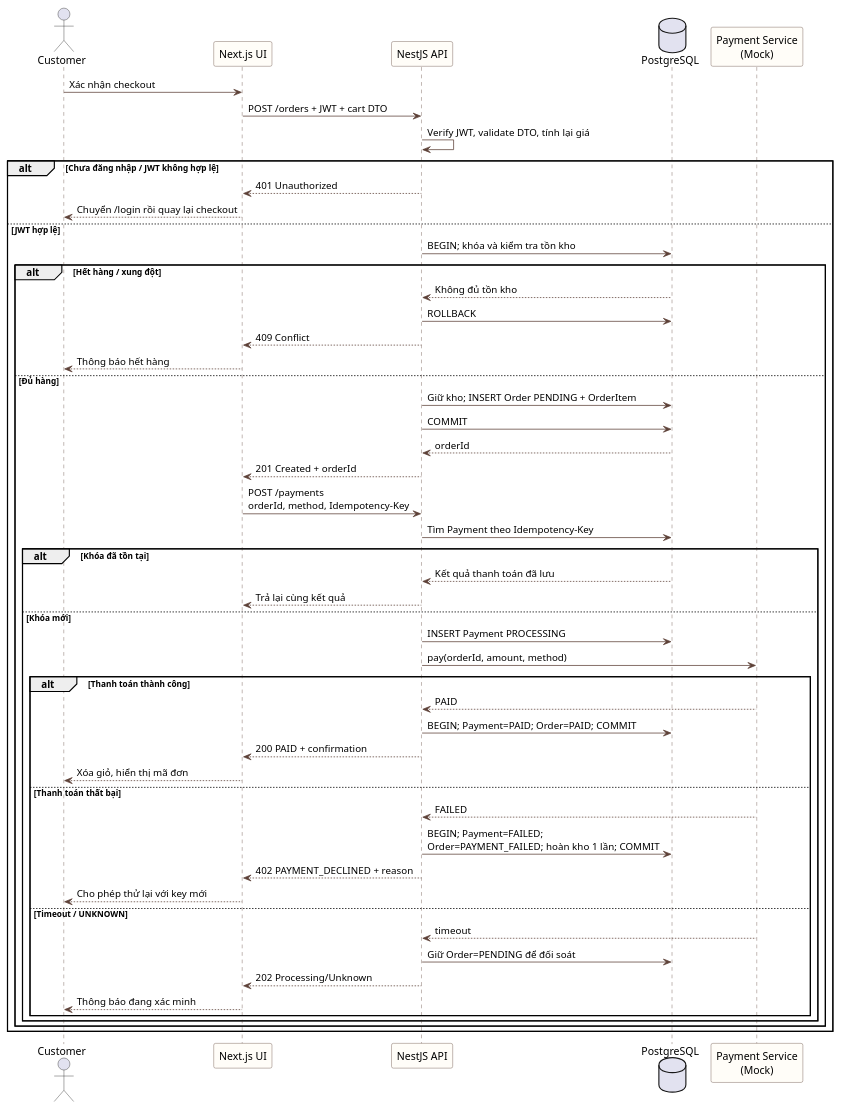
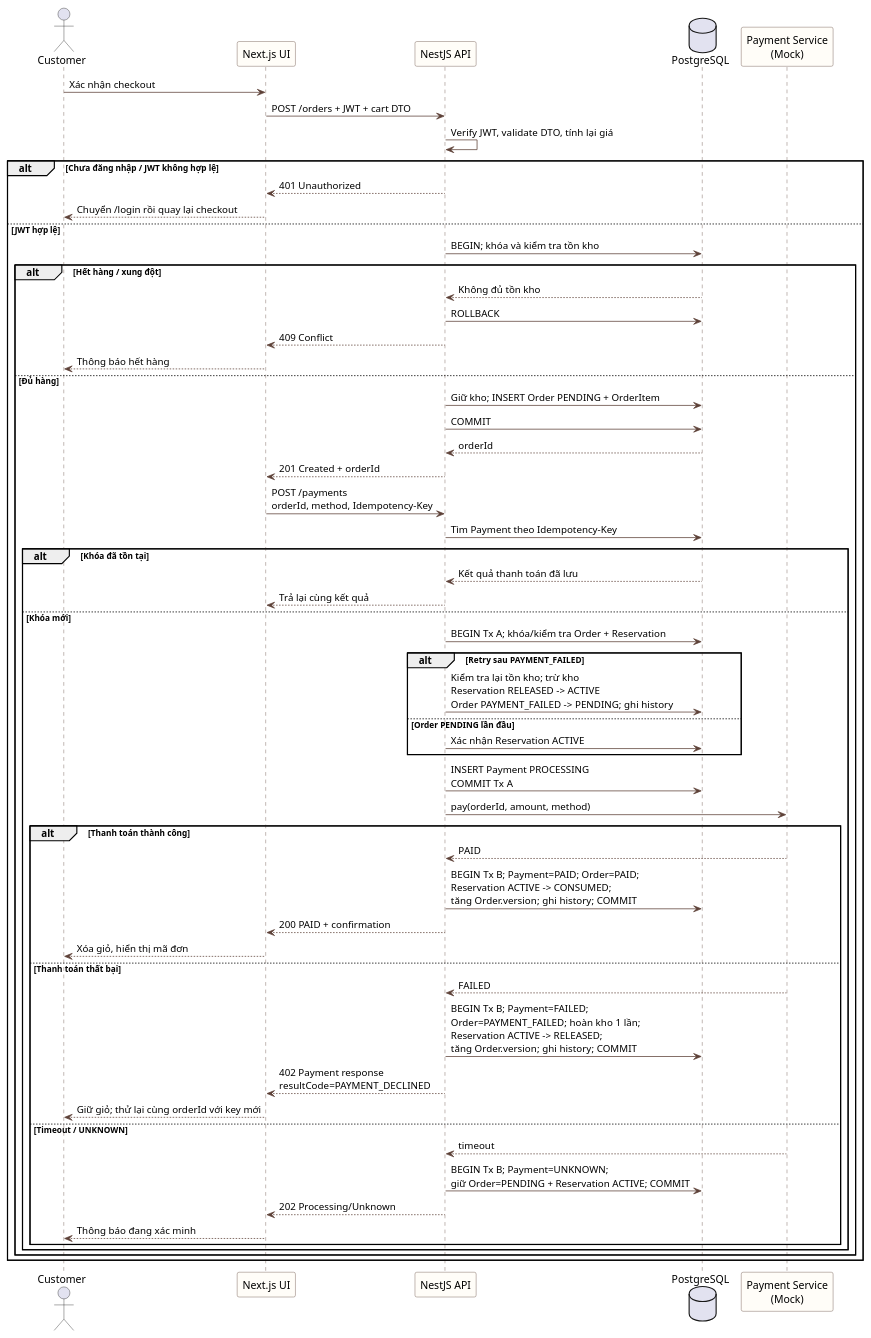
Before and after one commit to giakhoi0123/Brewlite_swe_project2: the diagram in docs/diagrams/sequence-checkout.puml, drawn with PlantUML. The commit also changed 4 other files, not shown here.

Commit message:
docs(payment): align checkout sequence and acceptance evidence

```diff
--- a/docs/diagrams/sequence-checkout.puml
+++ b/docs/diagrams/sequence-checkout.puml
@@ -1,64 +1,70 @@
 @startuml
 skinparam shadowing false
 skinparam defaultFontName "Noto Sans"
 skinparam sequence {
   ArrowColor #5D4037
   LifeLineBorderColor #5D4037
   ParticipantBorderColor #5D4037
   ParticipantBackgroundColor #FFFDF8
 }
 
 actor Customer
 participant "Next.js UI" as UI
 participant "NestJS API" as API
 database "PostgreSQL" as DB
 participant "Payment Service\n(Mock)" as Pay
 
 Customer -> UI: Xác nhận checkout
 UI -> API: POST /orders + JWT + cart DTO
 API -> API: Verify JWT, validate DTO, tính lại giá
 
 alt Chưa đăng nhập / JWT không hợp lệ
   API --> UI: 401 Unauthorized
   UI --> Customer: Chuyển /login rồi quay lại checkout
 else JWT hợp lệ
   API -> DB: BEGIN; khóa và kiểm tra tồn kho
   alt Hết hàng / xung đột
     DB --> API: Không đủ tồn kho
     API -> DB: ROLLBACK
     API --> UI: 409 Conflict
     UI --> Customer: Thông báo hết hàng
   else Đủ hàng
     API -> DB: Giữ kho; INSERT Order PENDING + OrderItem
     API -> DB: COMMIT
     DB --> API: orderId
     API --> UI: 201 Created + orderId
 
     UI -> API: POST /payments\norderId, method, Idempotency-Key
     API -> DB: Tìm Payment theo Idempotency-Key
     alt Khóa đã tồn tại
       DB --> API: Kết quả thanh toán đã lưu
       API --> UI: Trả lại cùng kết quả
     else Khóa mới
-      API -> DB: INSERT Payment PROCESSING
+      API -> DB: BEGIN Tx A; khóa/kiểm tra Order + Reservation
+      alt Retry sau PAYMENT_FAILED
+        API -> DB: Kiểm tra lại tồn kho; trừ kho\nReservation RELEASED -> ACTIVE\nOrder PAYMENT_FAILED -> PENDING; ghi history
+      else Order PENDING lần đầu
+        API -> DB: Xác nhận Reservation ACTIVE
+      end
+      API -> DB: INSERT Payment PROCESSING\nCOMMIT Tx A
       API -> Pay: pay(orderId, amount, method)
       alt Thanh toán thành công
         Pay --> API: PAID
-        API -> DB: BEGIN; Payment=PAID; Order=PAID; COMMIT
+        API -> DB: BEGIN Tx B; Payment=PAID; Order=PAID;\nReservation ACTIVE -> CONSUMED;\ntăng Order.version; ghi history; COMMIT
         API --> UI: 200 PAID + confirmation
         UI --> Customer: Xóa giỏ, hiển thị mã đơn
       else Thanh toán thất bại
         Pay --> API: FAILED
-        API -> DB: BEGIN; Payment=FAILED;\nOrder=PAYMENT_FAILED; hoàn kho 1 lần; COMMIT
-        API --> UI: 402 PAYMENT_DECLINED + reason
-        UI --> Customer: Cho phép thử lại với key mới
+        API -> DB: BEGIN Tx B; Payment=FAILED;\nOrder=PAYMENT_FAILED; hoàn kho 1 lần;\nReservation ACTIVE -> RELEASED;\ntăng Order.version; ghi history; COMMIT
+        API --> UI: 402 Payment response\nresultCode=PAYMENT_DECLINED
+        UI --> Customer: Giữ giỏ; thử lại cùng orderId với key mới
       else Timeout / UNKNOWN
         Pay --> API: timeout
-        API -> DB: Giữ Order=PENDING để đối soát
+        API -> DB: BEGIN Tx B; Payment=UNKNOWN;\ngiữ Order=PENDING + Reservation ACTIVE; COMMIT
         API --> UI: 202 Processing/Unknown
         UI --> Customer: Thông báo đang xác minh
       end
     end
   end
 end
 @enduml
```
